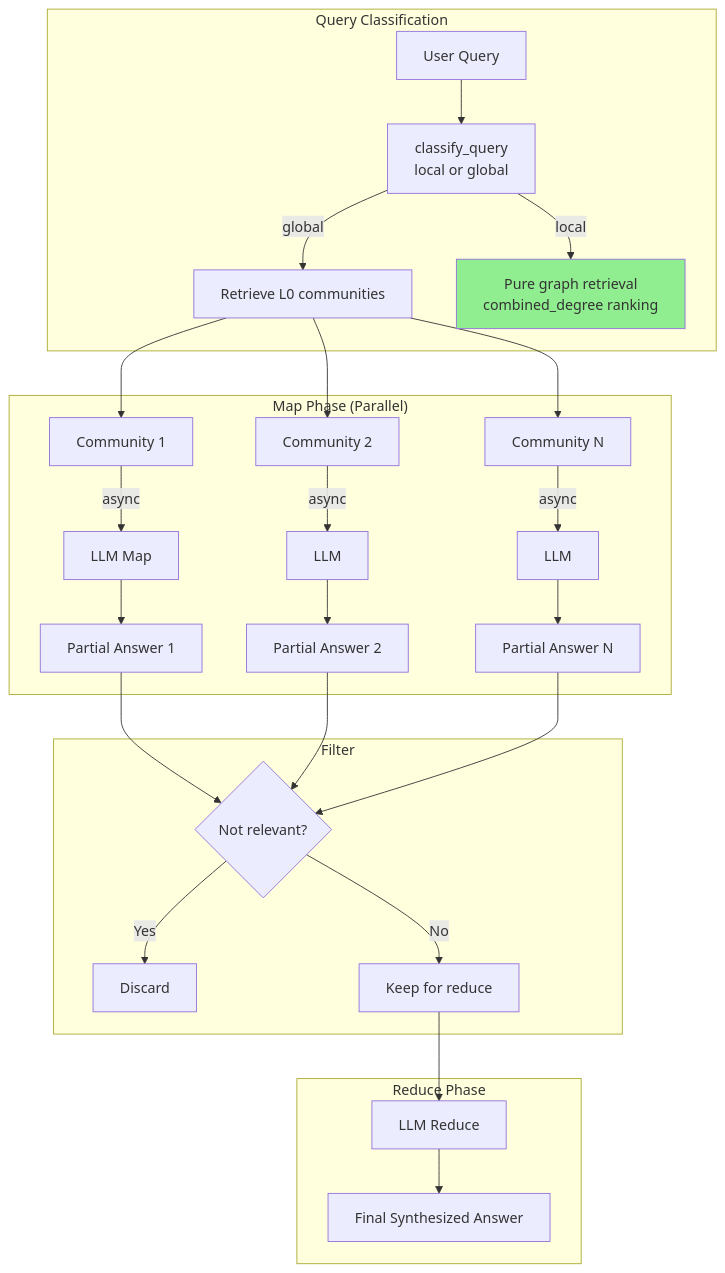
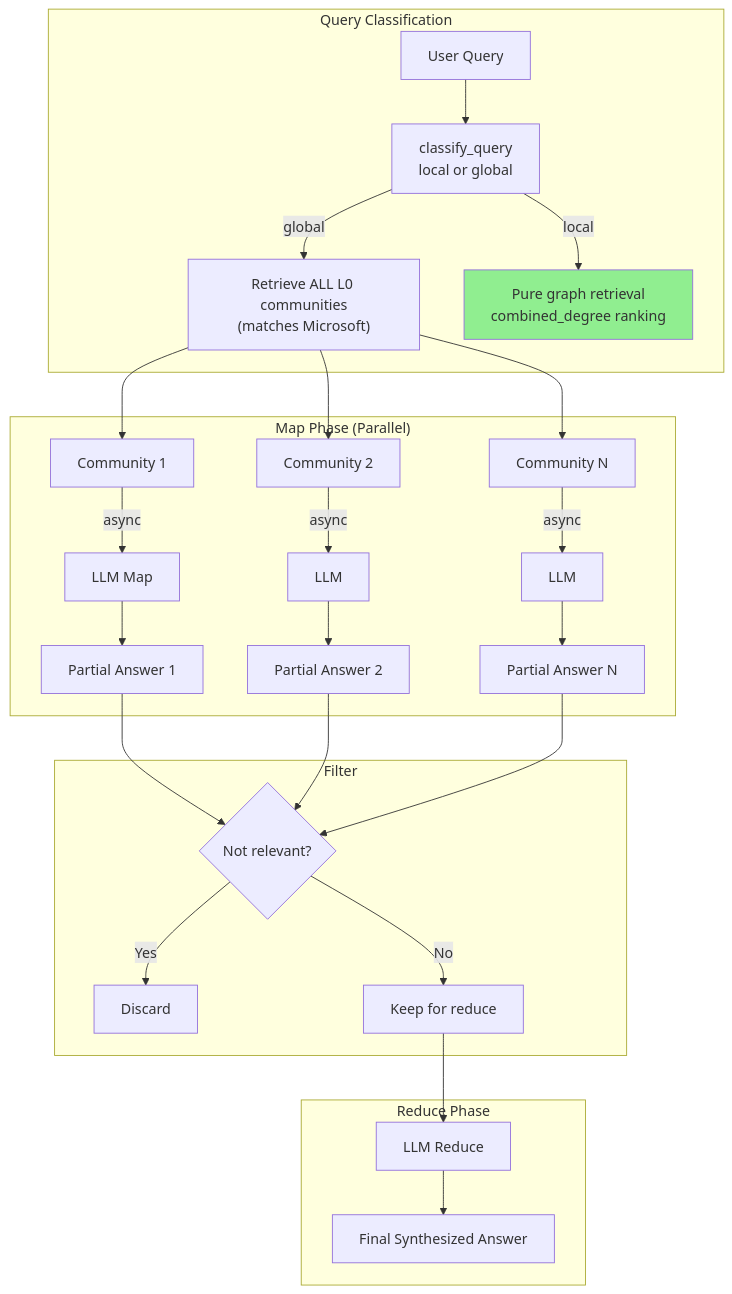
Before and after one commit to crlsrmrlsz/raglab: the eighth of 8 diagrams in memory-bank/graphrag/graphrag_raglab_implementation.md, drawn with Mermaid. The commit also changed other lines of this file and 3 other files, not shown here.

First line of the commit message:
fix(graphrag): remove missing extract_query_entities_llm function

````diff
--- a/memory-bank/graphrag/graphrag_raglab_implementation.md
+++ b/memory-bank/graphrag/graphrag_raglab_implementation.md
@@ -561,37 +563,37 @@
 ```mermaid
 flowchart TB
     subgraph Classification["Query Classification"]
         QUERY[User Query] --> CLASSIFY["classify_query<br/>local or global"]
-        CLASSIFY --> |global| RETRIEVE["Retrieve L0 communities"]
+        CLASSIFY --> |global| RETRIEVE["Retrieve ALL L0 communities<br/>(matches Microsoft)"]
         CLASSIFY --> |local| LOCAL[Pure graph retrieval<br/>combined_degree ranking]
     end
 
     subgraph MapPhase["Map Phase (Parallel)"]
         RETRIEVE --> C1[Community 1]
         RETRIEVE --> C2[Community 2]
         RETRIEVE --> CN[Community N]
 
         C1 --> |async| MAP1["LLM Map"]
         C2 --> |async| MAP2[LLM]
         CN --> |async| MAPN[LLM]
 
         MAP1 --> P1[Partial Answer 1]
         MAP2 --> P2[Partial Answer 2]
         MAPN --> PN[Partial Answer N]
     end
 
     subgraph Filter["Filter"]
         P1 --> FILTER{Not relevant?}
         P2 --> FILTER
         PN --> FILTER
         FILTER --> |Yes| DISCARD[Discard]
         FILTER --> |No| KEEP[Keep for reduce]
     end
 
     subgraph ReducePhase["Reduce Phase"]
         KEEP --> REDUCE["LLM Reduce"]
         REDUCE --> FINAL[Final Synthesized Answer]
     end
 
     style LOCAL fill:#90EE90
 ```
````
